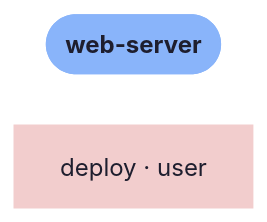
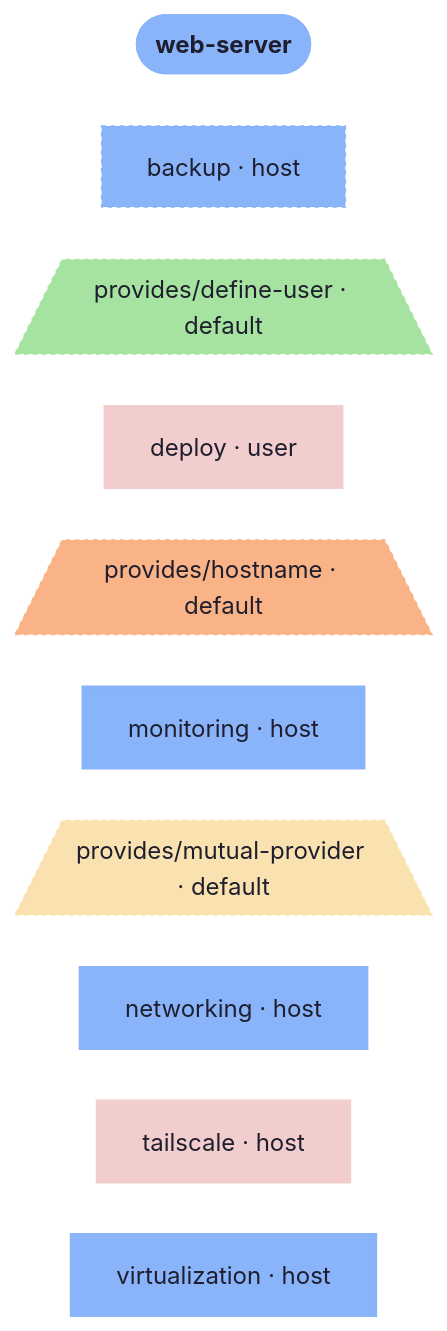
Before and after one commit to sini/den: the diagram in templates/diag-fx-demo/diagrams/web-server-orphans.md, drawn with Mermaid. The commit also changed 849 other files, not shown here.

Commit message:
chore: update fx diagrams

````diff
--- a/templates/diag-fx-demo/diagrams/web-server-orphans.md
+++ b/templates/diag-fx-demo/diagrams/web-server-orphans.md
@@ -5,10 +5,26 @@
 ```mermaid
 %%{init: {"elk":{"mergeEdges":true,"nodePlacementStrategy":"BRANDES_KOEPF"},"layout":"elk","theme":"base","themeVariables":{"activationBkgColor":"#313244","activationBorderColor":"#6c7086","actorBkg":"#313244","actorBorder":"#a6adc8","actorLineColor":"#a6adc8","actorTextColor":"#cdd6f4","background":"#1e1e2e","classText":"#cdd6f4","clusterBkg":"#313244","clusterBorder":"#6c7086","edgeLabelBackground":"#1e1e2e","labelBoxBkgColor":"#313244","labelBoxBorderColor":"#a6adc8","labelTextColor":"#cdd6f4","lineColor":"#a6adc8","loopTextColor":"#cdd6f4","mainBkg":"#313244","nodeBkg":"#313244","nodeBorder":"#a6adc8","nodeTextColor":"#cdd6f4","noteBkgColor":"#313244","noteBorderColor":"#6c7086","noteTextColor":"#cdd6f4","pie1":"#f38ba8","pie2":"#fab387","pie3":"#f9e2af","pie4":"#a6e3a1","pie5":"#94e2d5","pie6":"#89b4fa","pie7":"#cba6f7","pie8":"#f2cdcd","pieLegendTextColor":"#cdd6f4","pieOuterStrokeColor":"#6c7086","pieSectionTextColor":"#cdd6f4","pieStrokeColor":"#6c7086","pieTitleTextColor":"#cdd6f4","primaryBorderColor":"#a6adc8","primaryColor":"#313244","primaryTextColor":"#cdd6f4","secondBkg":"#313244","secondaryBorderColor":"#6c7086","secondaryColor":"#313244","secondaryTextColor":"#cdd6f4","sequenceNumberColor":"#1e1e2e","signalColor":"#a6adc8","signalTextColor":"#cdd6f4","tertiaryBorderColor":"#6c7086","tertiaryColor":"#313244","tertiaryTextColor":"#cdd6f4","textColor":"#cdd6f4","titleColor":"#cdd6f4"}}}%%
 graph LR
   web_server([web-server]):::root
+  backup["backup · host"]:::backup_c
+  den__provides__define_user[/"provides/define-user · default"\]:::den__provides__define_user_c
   deploy["deploy · user"]:::deploy_c
+  den__provides__hostname[/"provides/hostname · default"\]:::den__provides__hostname_c
+  monitoring["monitoring · host"]:::monitoring_c
+  den__provides__mutual_provider[/"provides/mutual-provider · default"\]:::den__provides__mutual_provider_c
+  networking["networking · host"]:::networking_c
+  tailscale["tailscale · host"]:::tailscale_c
+  virtualization["virtualization · host"]:::virtualization_c
 
 
   classDef root fill:#89b4fa,stroke:#89b4fa,color:#1e1e2e,font-weight:bold
+  classDef backup_c fill:#89b4fa,stroke:#89b4fa,color:#1e1e2e,stroke-dasharray: 3 3,stroke-width:1px
+  classDef den__provides__define_user_c fill:#a6e3a1,stroke:#a6e3a1,color:#1e1e2e,stroke-dasharray: 3 3,stroke-width:1px
   classDef deploy_c fill:#f2cdcd,stroke:#f2cdcd,color:#1e1e2e,stroke-width:2px
+  classDef den__provides__hostname_c fill:#fab387,stroke:#fab387,color:#1e1e2e,stroke-dasharray: 3 3,stroke-width:1px
+  classDef monitoring_c fill:#89b4fa,stroke:#89b4fa,color:#1e1e2e,stroke-width:2px
+  classDef den__provides__mutual_provider_c fill:#f9e2af,stroke:#f9e2af,color:#1e1e2e,stroke-dasharray: 3 3,stroke-width:1px
+  classDef networking_c fill:#89b4fa,stroke:#89b4fa,color:#1e1e2e,stroke-width:2px
+  classDef tailscale_c fill:#f2cdcd,stroke:#f2cdcd,color:#1e1e2e,stroke-width:2px
+  classDef virtualization_c fill:#89b4fa,stroke:#89b4fa,color:#1e1e2e,stroke-width:2px
 ```
````
